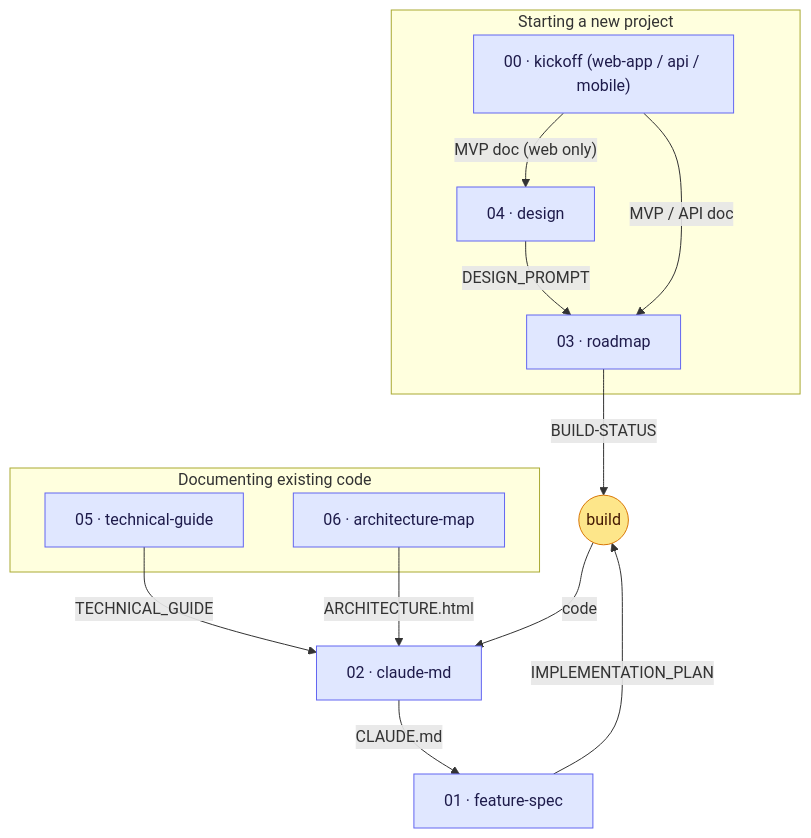
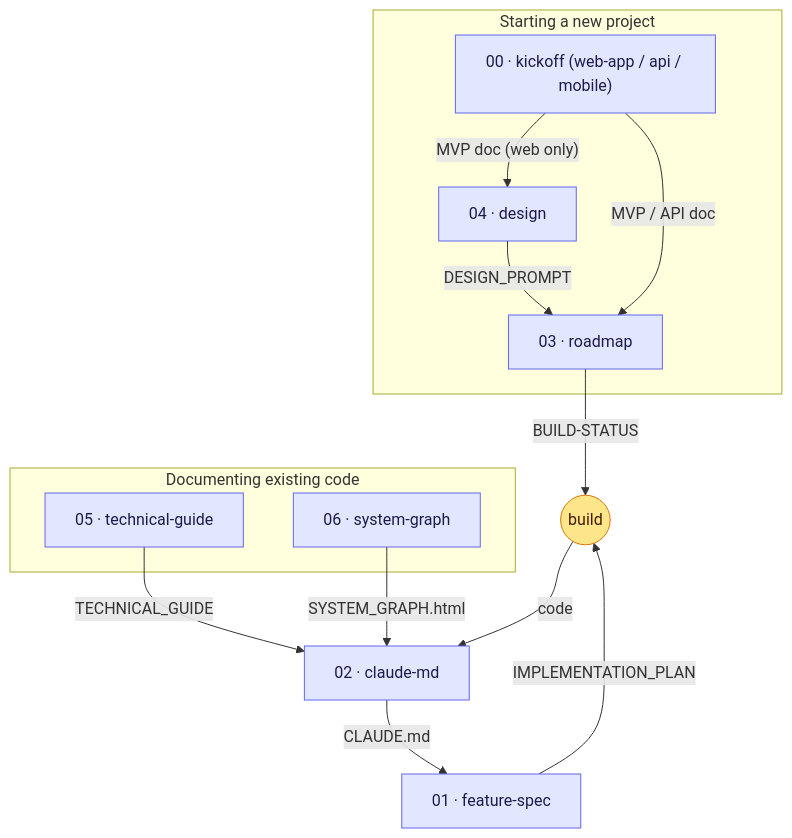
The diagram in README.md (in43sh/app-prompts), drawn with Mermaid before and after one commit. The commit also changed other lines of this file and 5 other files, not shown here.

First line of the commit message:
Rename 06 prompt from architecture-map to system-graph

````diff
--- a/README.md
+++ b/README.md
@@ -34,29 +34,29 @@
 ```mermaid
 flowchart TD
     subgraph new["Starting a new project"]
         K["00 · kickoff (web-app / api / mobile)"]
         D["04 · design"]
         R["03 · roadmap"]
         K -->|"MVP doc (web only)"| D
         K -->|"MVP / API doc"| R
         D -->|"DESIGN_PROMPT"| R
     end
 
     subgraph existing["Documenting existing code"]
         T["05 · technical-guide"]
-        A["06 · architecture-map"]
+        A["06 · system-graph"]
     end
 
     R -->|"BUILD-STATUS"| B(("build"))
     B -->|"code"| C["02 · claude-md"]
     T -->|"TECHNICAL_GUIDE"| C
-    A -->|"ARCHITECTURE.html"| C
+    A -->|"SYSTEM_GRAPH.html"| C
 
     C -->|"CLAUDE.md"| F["01 · feature-spec"]
     F -->|"IMPLEMENTATION_PLAN"| B
 
     classDef prompt fill:#e0e7ff,stroke:#6366f1,color:#1e1b4b;
     classDef action fill:#fde68a,stroke:#d97706,color:#451a03;
     class K,D,R,T,A,C,F prompt;
     class B action;
 ```
````
